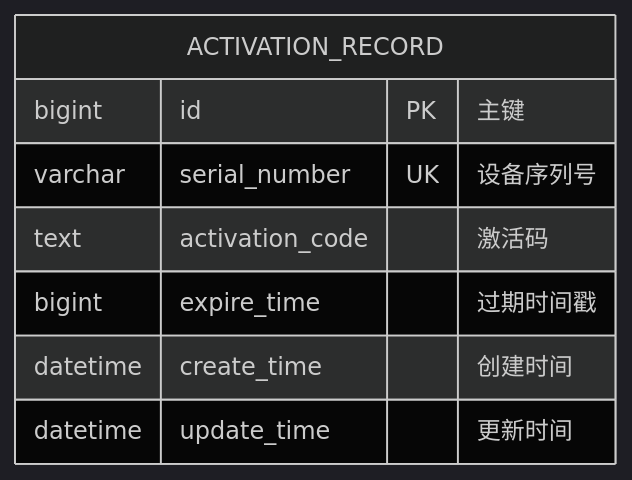
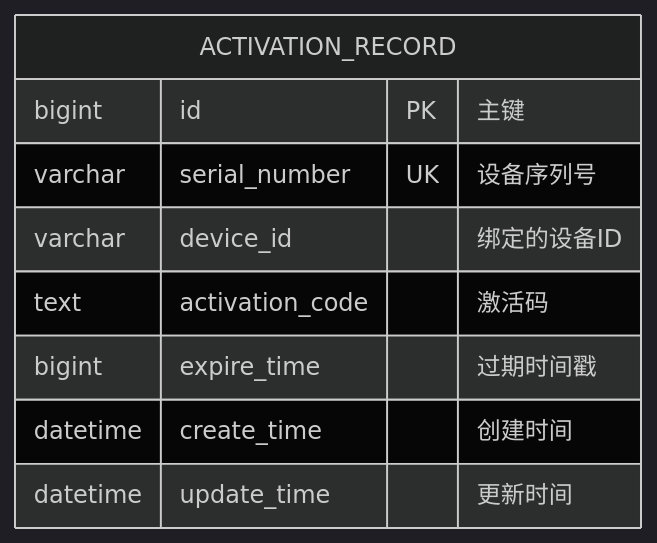
One commit to jonesAriven/devtools changed the eighth of 8 diagrams in active-manager/docs/design.md. Above: the diagram before and after it, drawn with Mermaid (dark theme). The commit also changed other lines of this file and 69 other files, not shown here.

````diff
--- a/active-manager/docs/design.md
+++ b/active-manager/docs/design.md
@@ -305,11 +503,12 @@
 ```mermaid
 erDiagram
     ACTIVATION_RECORD {
         bigint id PK "主键"
         varchar serial_number UK "设备序列号"
+        varchar device_id "绑定的设备ID"
         text activation_code "激活码"
         bigint expire_time "过期时间戳"
         datetime create_time "创建时间"
         datetime update_time "更新时间"
     }
 ```
````
